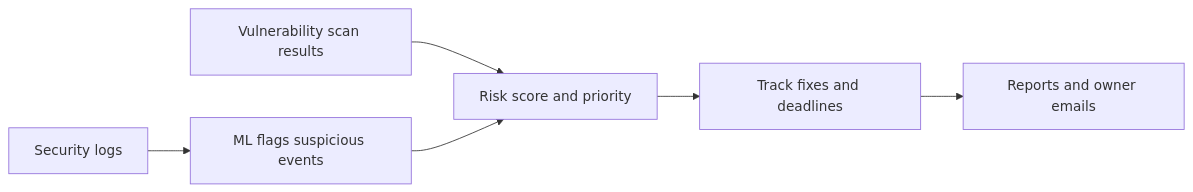
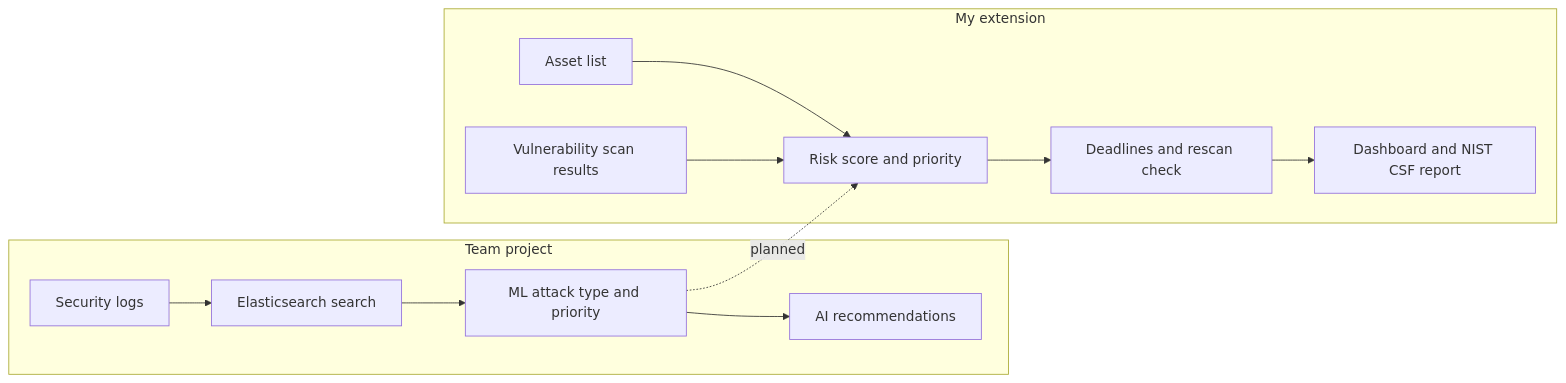
The diagram in README.md (juhyun2000/SOC_Dashboard-CSE543-), drawn with Mermaid before and after one commit. The commit also changed other lines of this file, not shown here.

````diff
--- a/README.md
+++ b/README.md
@@ -48,8 +75,15 @@
 ```mermaid
 flowchart LR
-    A[Security logs] --> B[ML flags suspicious events]
-    C[Vulnerability scan results] --> D[Risk score and priority]
-    B --> D
-    D --> E[Track fixes and deadlines]
-    E --> F[Reports and owner emails]
+    subgraph Team["Team project"]
+        A[Security logs] --> B[Elasticsearch search]
+        B --> C[ML attack type and priority]
+        C --> D[AI recommendations]
+    end
+    subgraph Mine["My extension"]
+        E[Asset list] --> G[Risk score and priority]
+        F[Vulnerability scan results] --> G
+        G --> H[Deadlines and rescan check]
+        H --> I[Dashboard and NIST CSF report]
+    end
+    C -. planned .-> G
 ```
````
